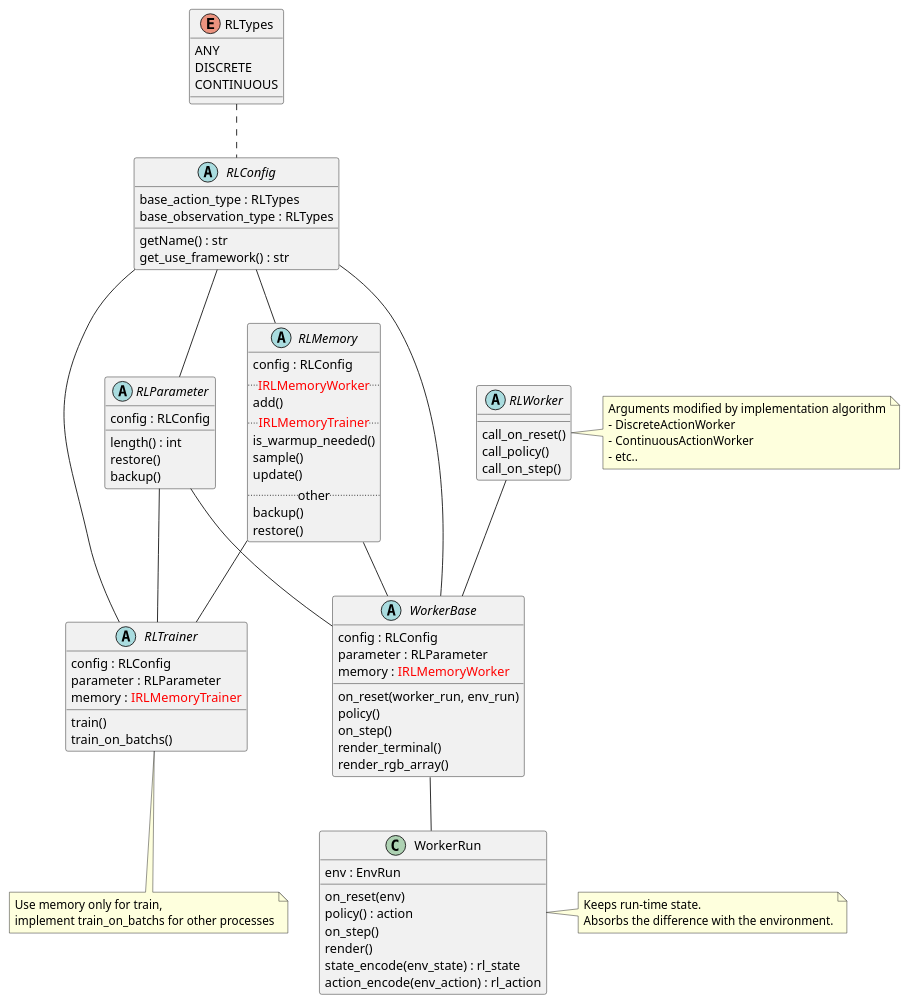
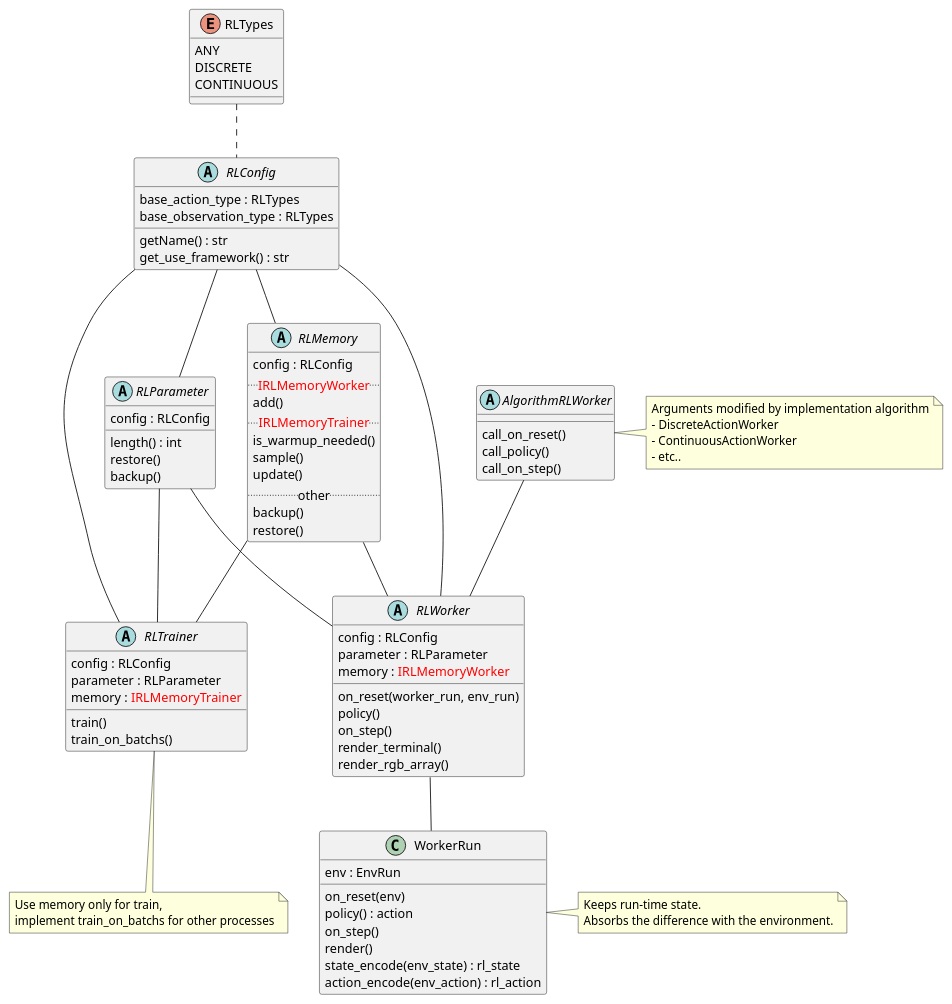
One commit to pocokhc/simple_distributed_rl changed the diagram in diagrams/class_rl.pu. Above: the diagram before and after it, drawn with PlantUML. The commit also changed 14 other files, not shown here.

```diff
--- a/diagrams/class_rl.pu
+++ b/diagrams/class_rl.pu
@@ -1,109 +1,108 @@
 @startuml class_rl
 
 enum RLTypes {
     ANY
     DISCRETE
     CONTINUOUS
 }
 
 
 class WorkerRun {
     env : EnvRun
     on_reset(env)
     policy() : action
     on_step()
     render()
     state_encode(env_state) : rl_state
     action_encode(env_action) : rl_action
 }
 note "Keeps run-time state.\nAbsorbs the difference with the environment." as WorkerRunMemo
 WorkerRun . WorkerRunMemo
 
 
-abstract WorkerBase {
+abstract RLWorker {
     config : RLConfig
     parameter : RLParameter
     memory : <color red>IRLMemoryWorker</color>
     on_reset(worker_run, env_run)
     policy()
     on_step()
     render_terminal()
     render_rgb_array()
 }
-WorkerBase -- WorkerRun
+RLWorker -- WorkerRun
 
 
-abstract RLWorker {
+abstract AlgorithmRLWorker {
     call_on_reset()
     call_policy()
     call_on_step()
 }
-RLWorker -- WorkerBase
+AlgorithmRLWorker -- RLWorker
 
-
-note as RLWorkerMemo
+note as AlgorithmRLWorkerMemo
 Arguments modified by implementation algorithm
 - DiscreteActionWorker
 - ContinuousActionWorker
 - etc..
 end note
-RLWorker <|- RLWorkerMemo
+AlgorithmRLWorker <|- AlgorithmRLWorkerMemo
 
 
 abstract RLTrainer {
     config : RLConfig
     parameter : RLParameter
     memory : <color red>IRLMemoryTrainer</color>
     train()
     train_on_batchs()
 }
 note as RLTrainerMemo
 Use memory only for train,
 implement train_on_batchs for other processes
 end note
 RLTrainer <|-- RLTrainerMemo
 
 
 abstract RLMemory {
     config : RLConfig
     .. <color red>IRLMemoryWorker</color> ..
     add()
     .. <color red>IRLMemoryTrainer</color> ..
     is_warmup_needed()
     sample()
     update()
     .. other ..
     backup()
     restore()
 }
 
 
 abstract RLParameter {
     config : RLConfig
     length() : int
     restore()
     backup()
 }
 
 
 abstract RLConfig {
     getName() : str
     get_use_framework() : str
     base_action_type : RLTypes
     base_observation_type : RLTypes
 }
 
 
 RLTypes .. RLConfig
 
-RLConfig --- WorkerBase
+RLConfig --- RLWorker
 RLConfig --- RLTrainer
 RLConfig -- RLParameter
 RLConfig -- RLMemory
 
-RLParameter -- WorkerBase
+RLParameter -- RLWorker
 RLParameter -- RLTrainer
-RLMemory -- WorkerBase
+RLMemory -- RLWorker
 RLMemory -- RLTrainer
 
 @enduml
```
